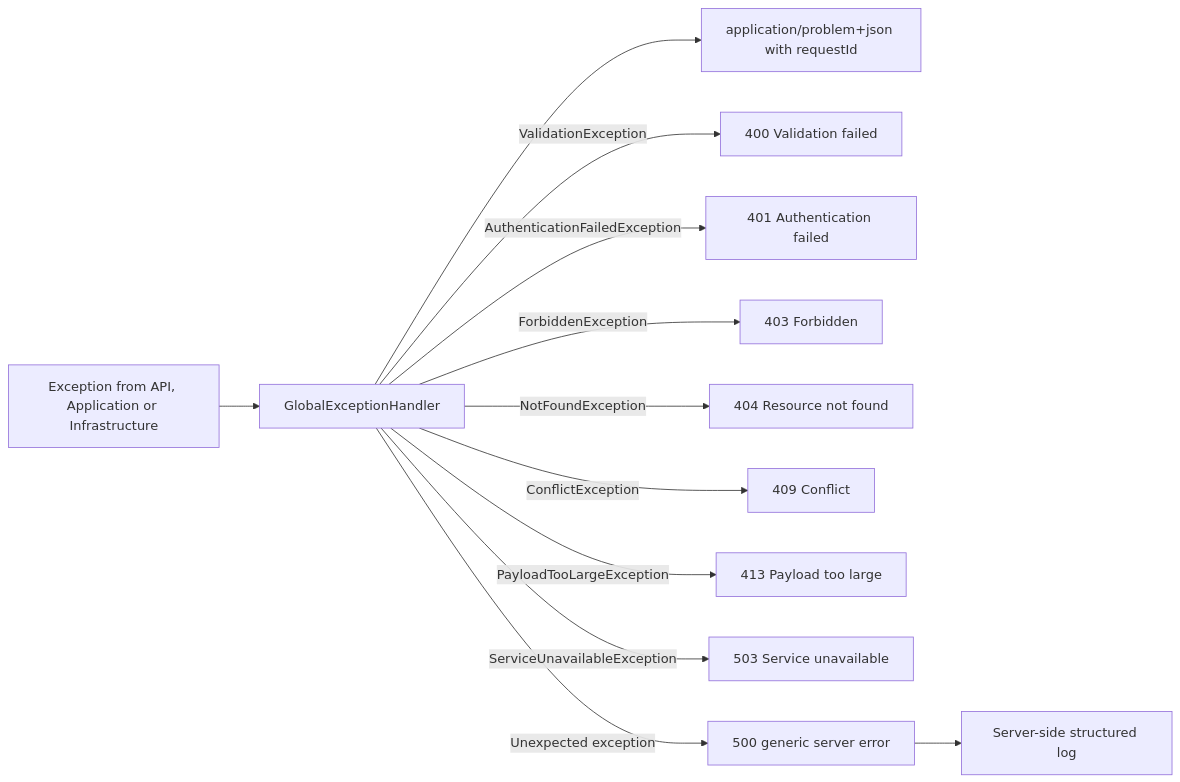
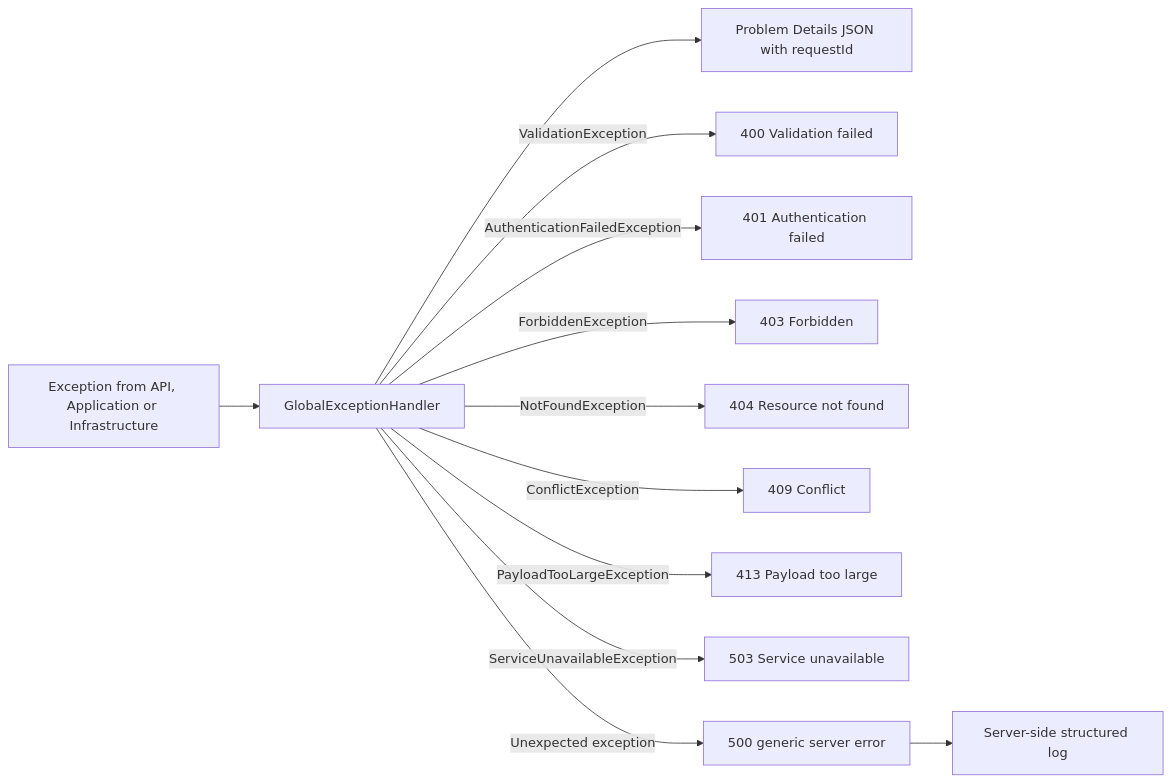
Before and after one commit to hoangnam-dev/CG03_AboutMe_API: diagram 19 of 19 in docs/architecture/CURRENT_PROCESS_FLOWS.md, drawn with Mermaid. The commit also changed other lines of this file and 16 other files, not shown here.

````diff
--- a/docs/architecture/CURRENT_PROCESS_FLOWS.md
+++ b/docs/architecture/CURRENT_PROCESS_FLOWS.md
@@ -481,19 +832,19 @@
 ```mermaid
 flowchart LR
     Failure[Exception from API, Application or Infrastructure]
     Handler[GlobalExceptionHandler]
     Log[Server-side structured log]
-    Problem[application/problem+json with requestId]
+    Problem["Problem Details JSON with requestId"]
 
     Failure --> Handler
     Handler -->|ValidationException| E400[400 Validation failed]
     Handler -->|AuthenticationFailedException| E401[401 Authentication failed]
     Handler -->|ForbiddenException| E403[403 Forbidden]
     Handler -->|NotFoundException| E404[404 Resource not found]
     Handler -->|ConflictException| E409[409 Conflict]
     Handler -->|PayloadTooLargeException| E413[413 Payload too large]
     Handler -->|ServiceUnavailableException| E503[503 Service unavailable]
     Handler -->|Unexpected exception| E500[500 generic server error]
     Handler --> Problem
     E500 --> Log
 ```
````
